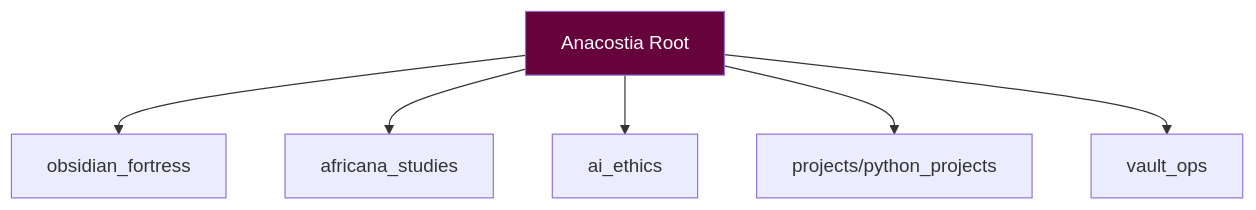
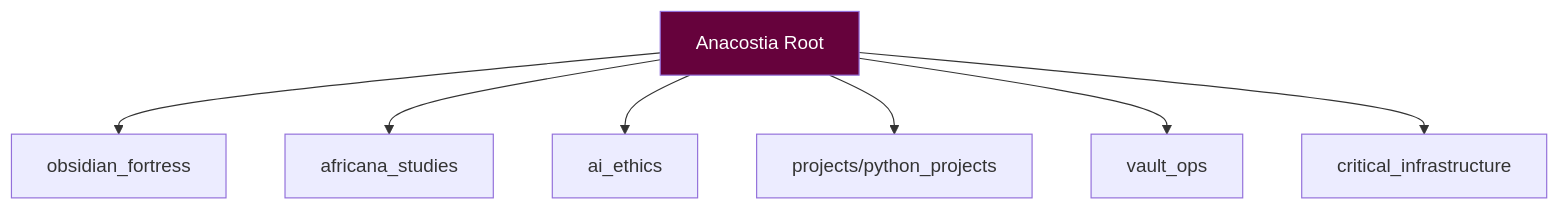
Before and after one commit to digitalscorpyun/anacostia-vault: the first of 3 diagrams in obsidian_ops/vault_path_glyph.md, drawn with Mermaid. The commit also changed other lines of this file and 431 other files, not shown here.

`````diff
--- a/obsidian_ops/vault_path_glyph.md
+++ b/obsidian_ops/vault_path_glyph.md
@@ -55,9 +47,10 @@
 ```mermaid
 graph TD
     A[Anacostia Root] --> B[obsidian_fortress]
     A --> C[africana_studies]
     A --> D[ai_ethics]
     A --> E[projects/python_projects]
     A --> F[vault_ops]
+    A --> G[critical_infrastructure]
     style A fill:#66023C,color:white
-```
+````
`````
